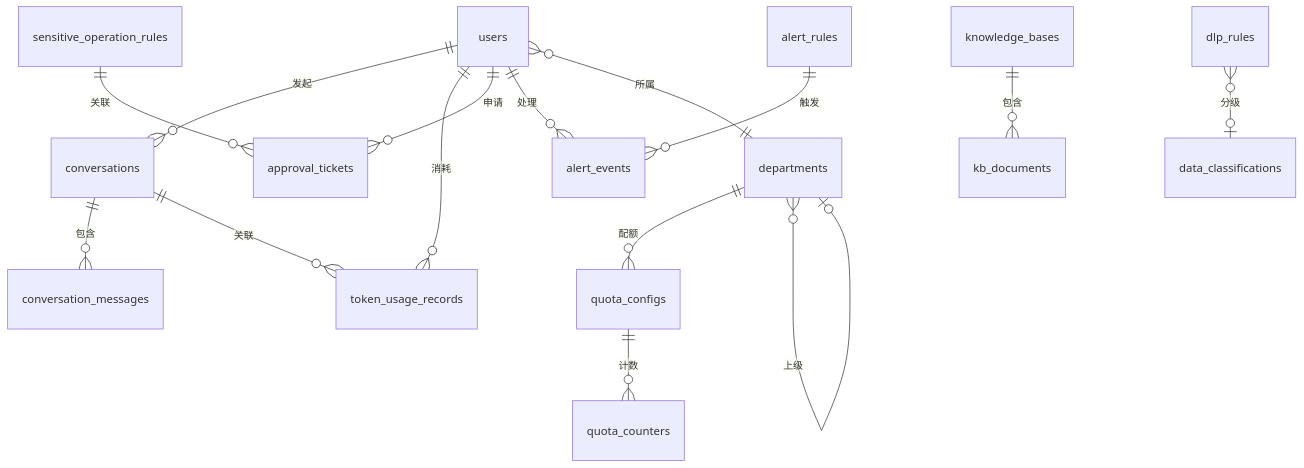
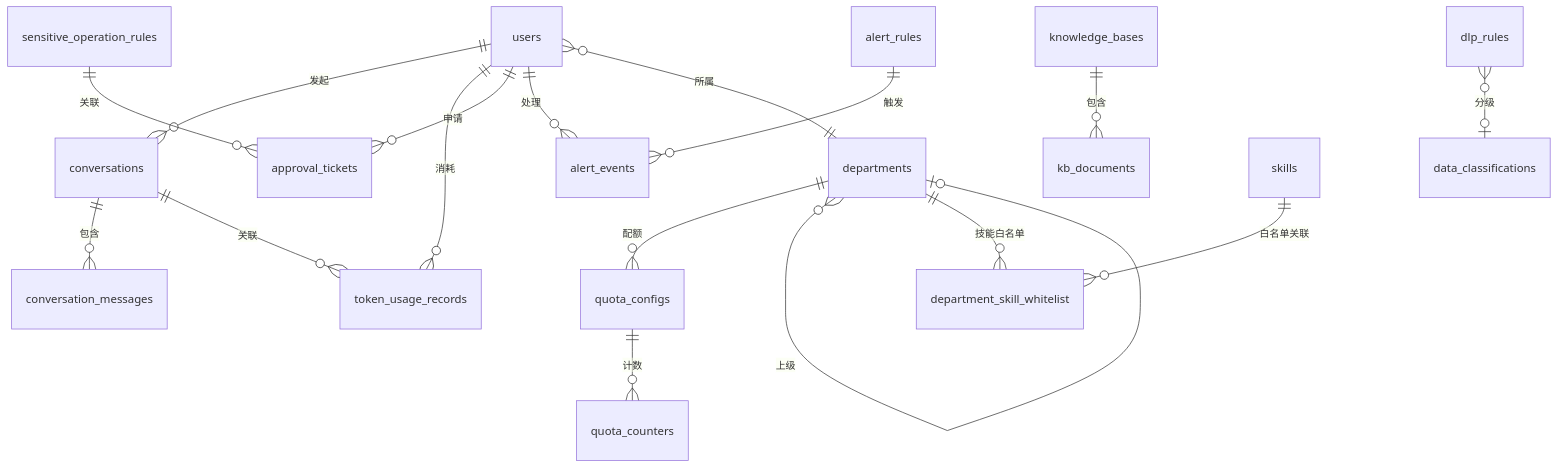
The second of 2 diagrams in .kiro/specs/admin-platform-requirements/design.md (Linnanli/xClaw), drawn with Mermaid before and after one commit. The commit also changed other lines of this file and 22 other files, not shown here.

````diff
--- a/.kiro/specs/admin-platform-requirements/design.md
+++ b/.kiro/specs/admin-platform-requirements/design.md
@@ -835,24 +895,27 @@
 ```mermaid
 erDiagram
     users ||--o{ conversations : "发起"
     users ||--o{ token_usage_records : "消耗"
     users ||--o{ approval_tickets : "申请"
     users ||--o{ alert_events : "处理"
     users }o--|| departments : "所属"
     
     departments ||--o{ quota_configs : "配额"
     departments }o--o| departments : "上级"
+    departments ||--o{ department_skill_whitelist : "技能白名单"
     
     conversations ||--o{ conversation_messages : "包含"
     conversations ||--o{ token_usage_records : "关联"
     
     knowledge_bases ||--o{ kb_documents : "包含"
     
     alert_rules ||--o{ alert_events : "触发"
     
     dlp_rules }o--o| data_classifications : "分级"
     
     sensitive_operation_rules ||--o{ approval_tickets : "关联"
     
     quota_configs ||--o{ quota_counters : "计数"
+    
+    skills ||--o{ department_skill_whitelist : "白名单关联"
 ```
````
